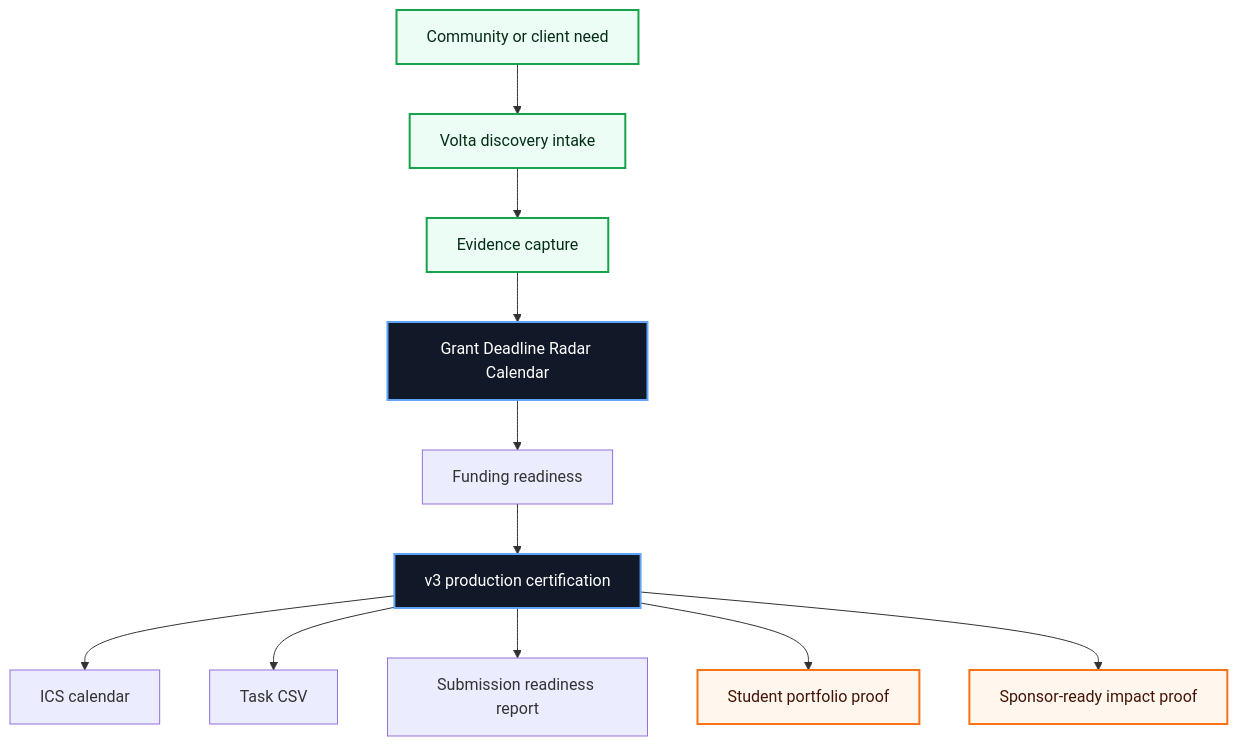
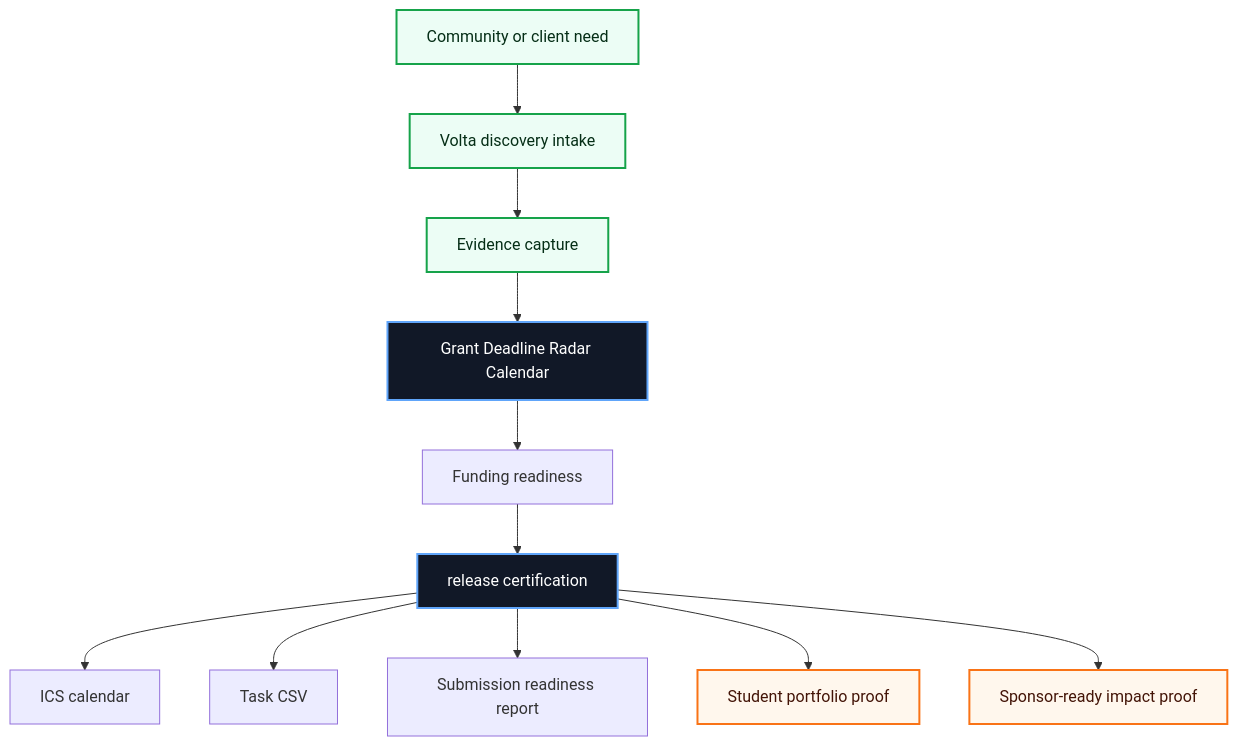
The first of 3 diagrams in README.md (volta-npo/grant-deadline-radar), drawn with Mermaid before and after one commit. The commit also changed other lines of this file and 28 other files, not shown here.

````diff
--- a/README.md
+++ b/README.md
@@ -43,20 +43,20 @@
 ```mermaid
 flowchart TD
     Need["Community or client need"] --> Intake["Volta discovery intake"]
     Intake --> Evidence["Evidence capture"]
     Evidence --> Workbench["Grant Deadline Radar Calendar"]
     Workbench --> Score["Funding readiness"]
-    Score --> Cert["v3 production certification"]
+    Score --> Cert["release certification"]
     Cert --> A1["ICS calendar"]
     Cert --> A2["Task CSV"]
     Cert --> A3["Submission readiness report"]
     Cert --> Student["Student portfolio proof"]
     Cert --> Sponsor["Sponsor-ready impact proof"]
 
     classDef volta fill:#111827,stroke:#60a5fa,color:#ffffff,stroke-width:2px;
     classDef equity fill:#ecfdf5,stroke:#16a34a,color:#052e16,stroke-width:2px;
     classDef proof fill:#fff7ed,stroke:#f97316,color:#431407,stroke-width:2px;
     class Workbench,Cert volta;
     class Need,Intake,Evidence equity;
     class Student,Sponsor proof;
 ```
````
